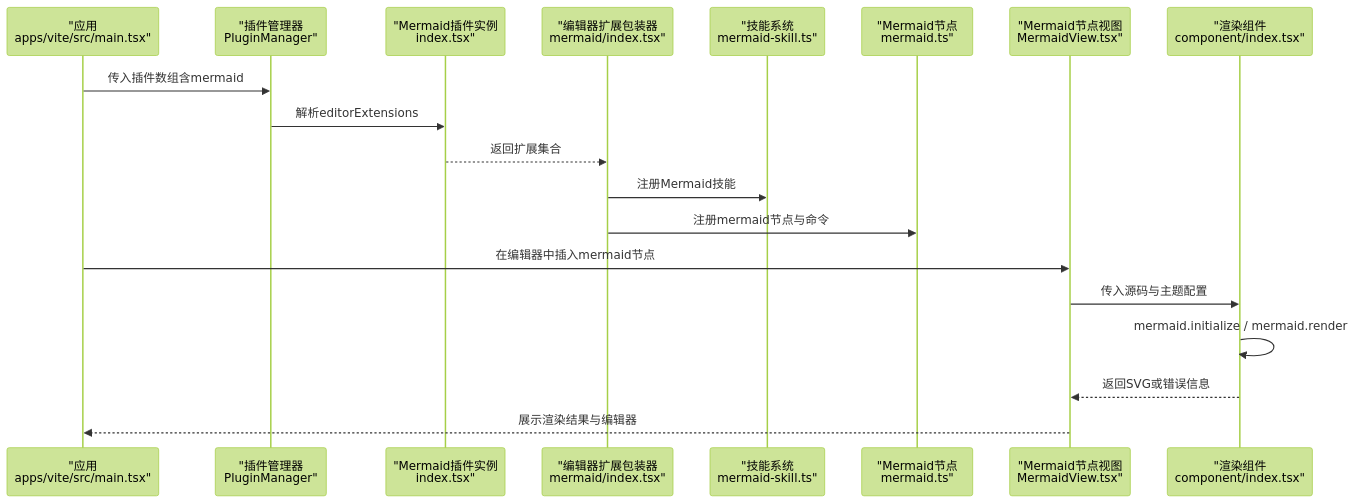
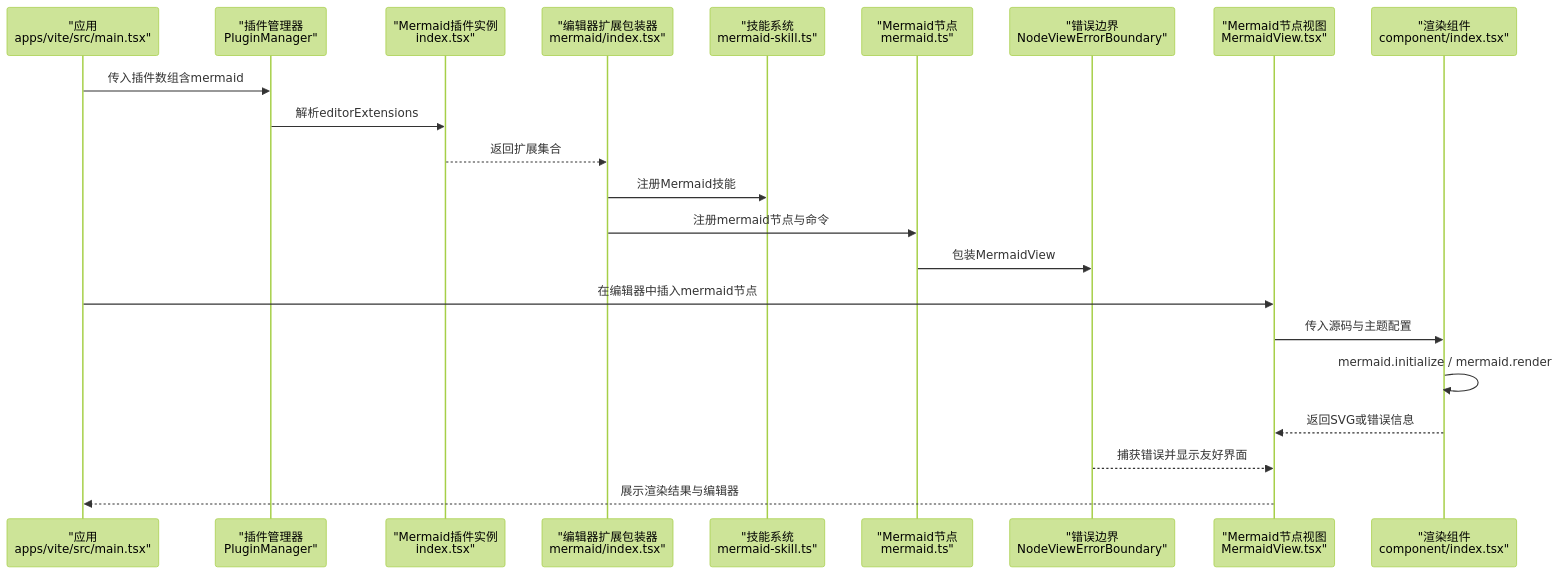
The second of 9 diagrams in .qoder/repowiki/zh/content/功能模块/绘图插件/Mermaid图表插件.md (LRF0422/Kotion), drawn with Mermaid (forest theme) before and after one commit. The commit also changed other lines of this file and 14 other files, not shown here.

````diff
--- a/.qoder/repowiki/zh/content/功能模块/绘图插件/Mermaid图表插件.md
+++ b/.qoder/repowiki/zh/content/功能模块/绘图插件/Mermaid图表插件.md
@@ -100,21 +113,24 @@
 ```mermaid
 sequenceDiagram
 participant App as "应用<br/>apps/vite/src/main.tsx"
 participant PM as "插件管理器<br/>PluginManager"
 participant Plugin as "Mermaid插件实例<br/>index.tsx"
 participant Ext as "编辑器扩展包装器<br/>mermaid/index.tsx"
 participant Skill as "技能系统<br/>mermaid-skill.ts"
 participant Node as "Mermaid节点<br/>mermaid.ts"
+participant ErrorBoundary as "错误边界<br/>NodeViewErrorBoundary"
 participant View as "Mermaid节点视图<br/>MermaidView.tsx"
 participant Render as "渲染组件<br/>component/index.tsx"
 App->>PM : 传入插件数组含mermaid
 PM->>Plugin : 解析editorExtensions
 Plugin-->>Ext : 返回扩展集合
 Ext->>Skill : 注册Mermaid技能
 Ext->>Node : 注册mermaid节点与命令
+Node->>ErrorBoundary : 包装MermaidView
 App->>View : 在编辑器中插入mermaid节点
 View->>Render : 传入源码与主题配置
 Render->>Render : mermaid.initialize / mermaid.render
 Render-->>View : 返回SVG或错误信息
+ErrorBoundary-->>View : 捕获错误并显示友好界面
 View-->>App : 展示渲染结果与编辑器
 ```
````
